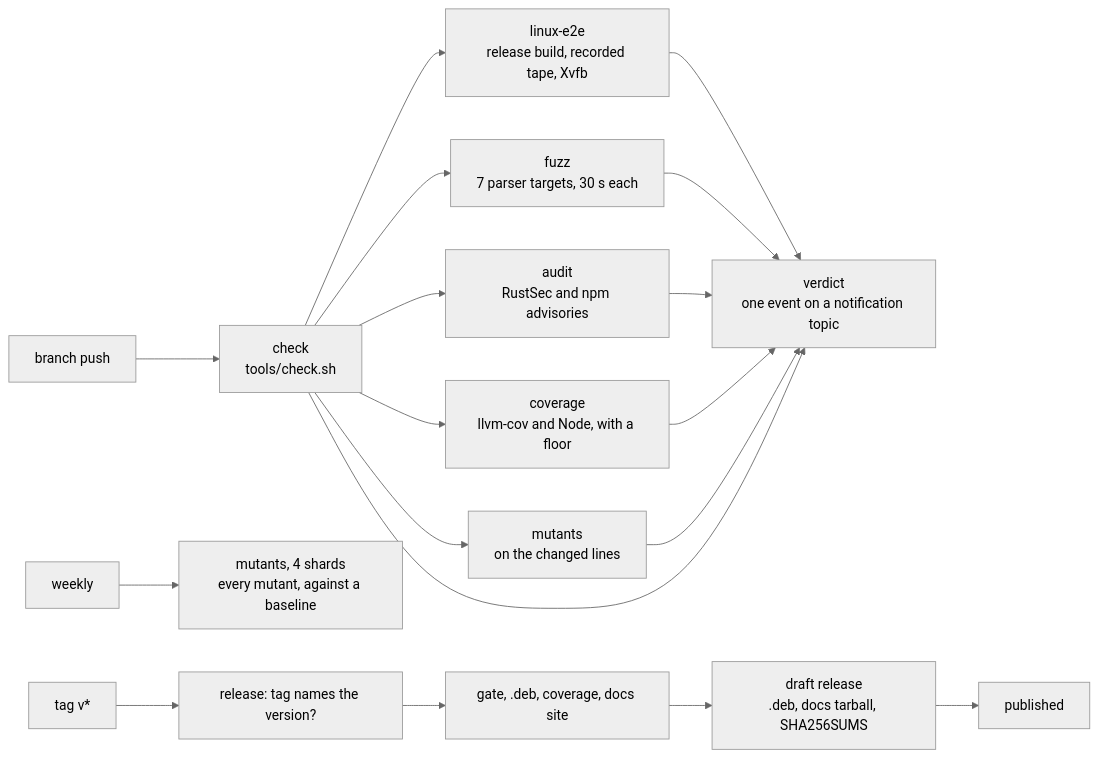
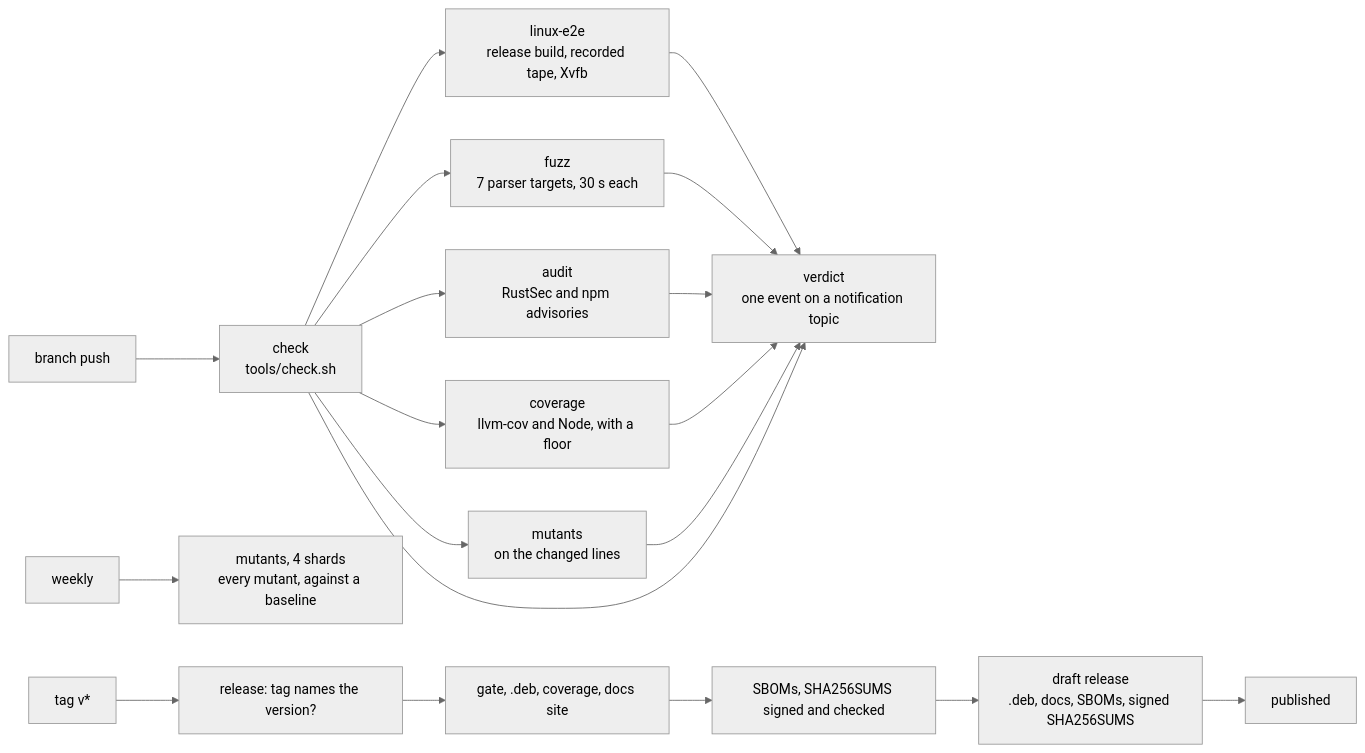
Before and after one commit to jake-king/maps-tauri: the diagram in book/src/testing.md, drawn with Mermaid (neutral theme). The commit also changed other lines of this file and 7 other files, not shown here.

First line of the commit message:
release: SBOMs and a minisign signature on every release

````diff
--- a/book/src/testing.md
+++ b/book/src/testing.md
@@ -147,20 +147,21 @@
 ```mermaid
 flowchart LR
   push["branch push"] --> check["check<br/>tools/check.sh"]
   check --> e2e["linux-e2e<br/>release build, recorded tape, Xvfb"]
   check --> cov["coverage<br/>llvm-cov and Node, with a floor"]
   e2e --> verdict["verdict<br/>one event on a notification topic"]
   check --> mut["mutants<br/>on the changed lines"]
   check --> audit["audit<br/>RustSec and npm advisories"]
   check --> fuzz["fuzz<br/>7 parser targets, 30 s each"]
   fuzz --> verdict
   audit --> verdict
   cov --> verdict
   mut --> verdict
   check --> verdict
   week["weekly"] --> mfull["mutants, 4 shards<br/>every mutant, against a baseline"]
   tag["tag v*"] --> vcheck["release: tag names the version?"]
   vcheck --> rgate["gate, .deb, coverage, docs site"]
-  rgate --> draft["draft release<br/>.deb, docs tarball, SHA256SUMS"]
+  rgate --> sign["SBOMs, SHA256SUMS signed and checked"]
+  sign --> draft["draft release<br/>.deb, docs, SBOMs, signed SHA256SUMS"]
   draft --> pub["published"]
 ```
````
